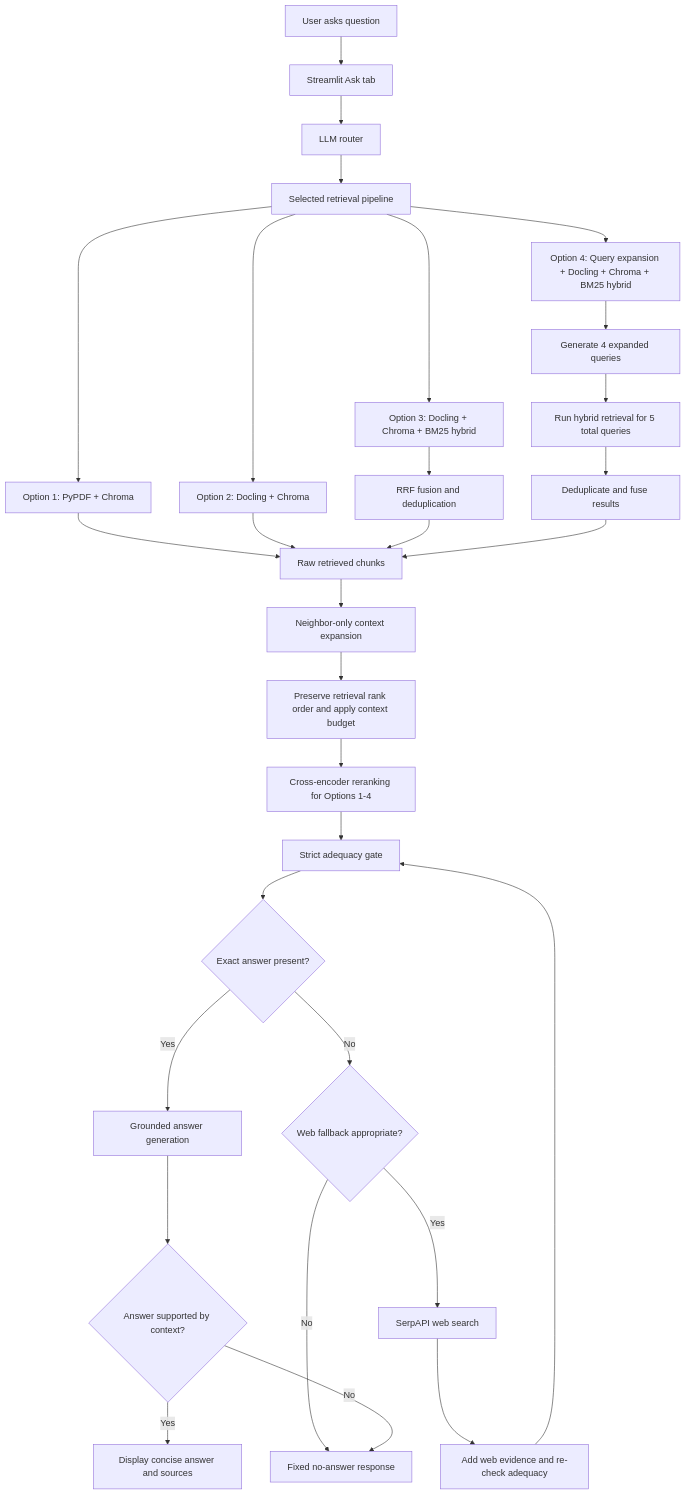
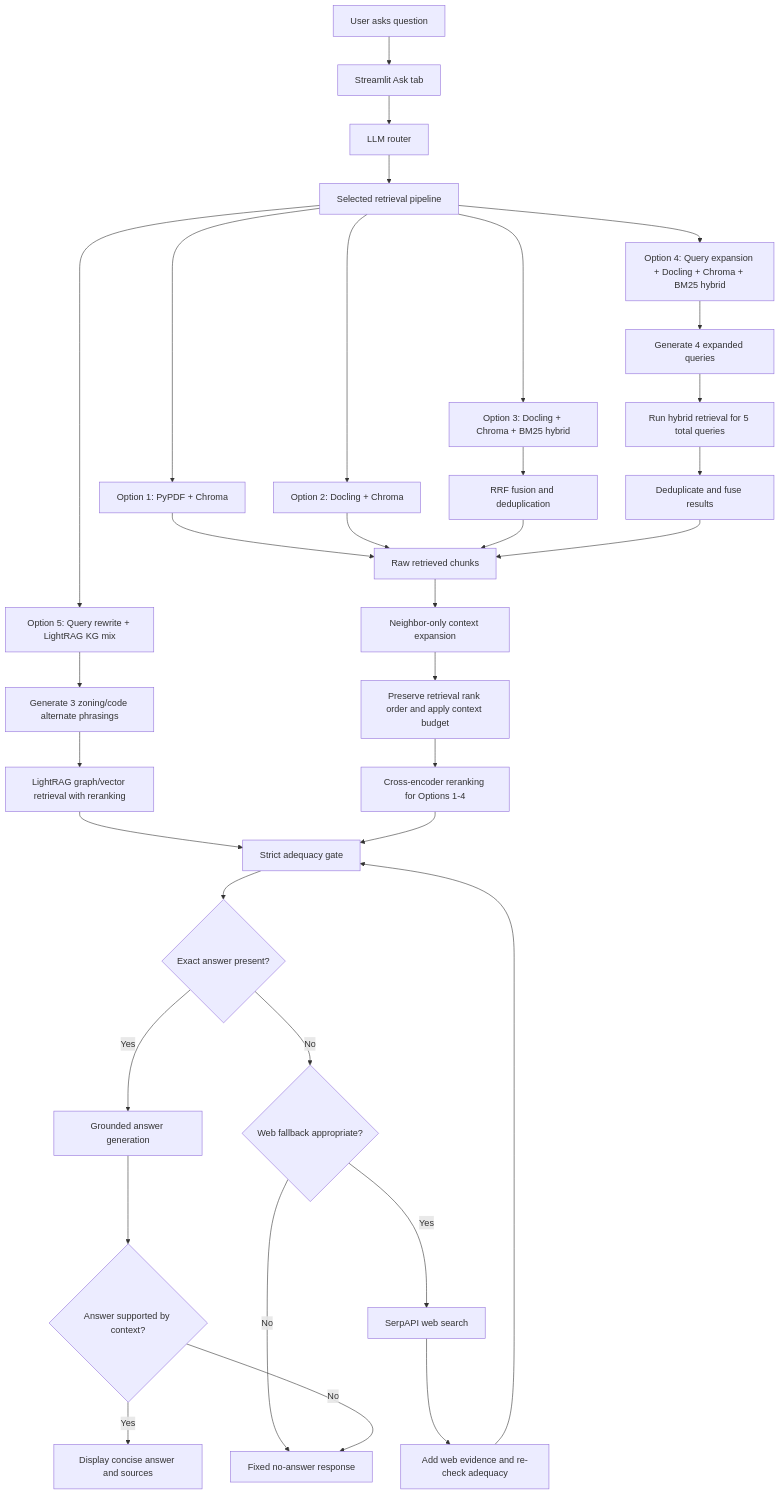
One commit to helsharif/cobb-county-code-rag-assistant changed the first of 2 diagrams in FLOW_LOGIC.md. Above: the diagram before and after it, drawn with Mermaid. The commit also changed other lines of this file and 6 other files, not shown here.

Commit message:
Add Option 5 query rewrite before LightRAG retrieval

````diff
--- a/FLOW_LOGIC.md
+++ b/FLOW_LOGIC.md
@@ -590,31 +601,33 @@
 ```mermaid
 flowchart TD
     A["User asks question"] --> B["Streamlit Ask tab"]
     B --> C["LLM router"]
     C --> D["Selected retrieval pipeline"]
 
     D --> O1["Option 1: PyPDF + Chroma"]
     D --> O2["Option 2: Docling + Chroma"]
     D --> O3["Option 3: Docling + Chroma + BM25 hybrid"]
     D --> O4["Option 4: Query expansion + Docling + Chroma + BM25 hybrid"]
+    D --> O5["Option 5: Query rewrite + LightRAG KG mix"]
 
     O1 --> E["Raw retrieved chunks"]
     O2 --> E
     O3 --> H["RRF fusion and deduplication"] --> E
     O4 --> Q["Generate 4 expanded queries"] --> M["Run hybrid retrieval for 5 total queries"] --> H2["Deduplicate and fuse results"] --> E
+    O5 --> Q5["Generate 3 zoning/code alternate phrasings"] --> KG["LightRAG graph/vector retrieval with reranking"] --> F
 
     E --> X["Neighbor-only context expansion"]
     X --> Y["Preserve retrieval rank order and apply context budget"]
     Y --> RR["Cross-encoder reranking for Options 1-4"]
     RR --> F["Strict adequacy gate"]
     F --> G{"Exact answer present?"}
     G -->|Yes| R["Grounded answer generation"]
     G -->|No| W{"Web fallback appropriate?"}
     W -->|Yes| S["SerpAPI web search"]
     S --> X2["Add web evidence and re-check adequacy"]
     X2 --> F
     W -->|No| V["Fixed no-answer response"]
     R --> T{"Answer supported by context?"}
     T -->|Yes| U["Display concise answer and sources"]
     T -->|No| V
 ```
````
